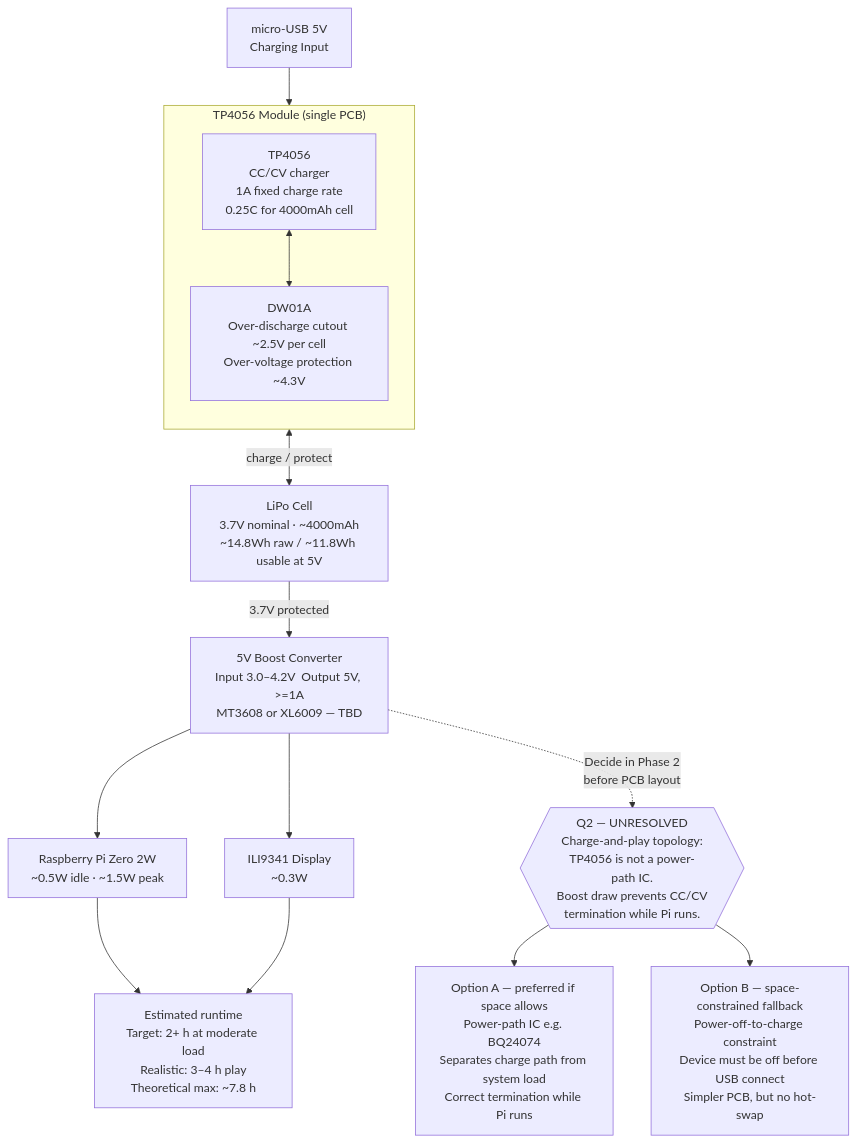
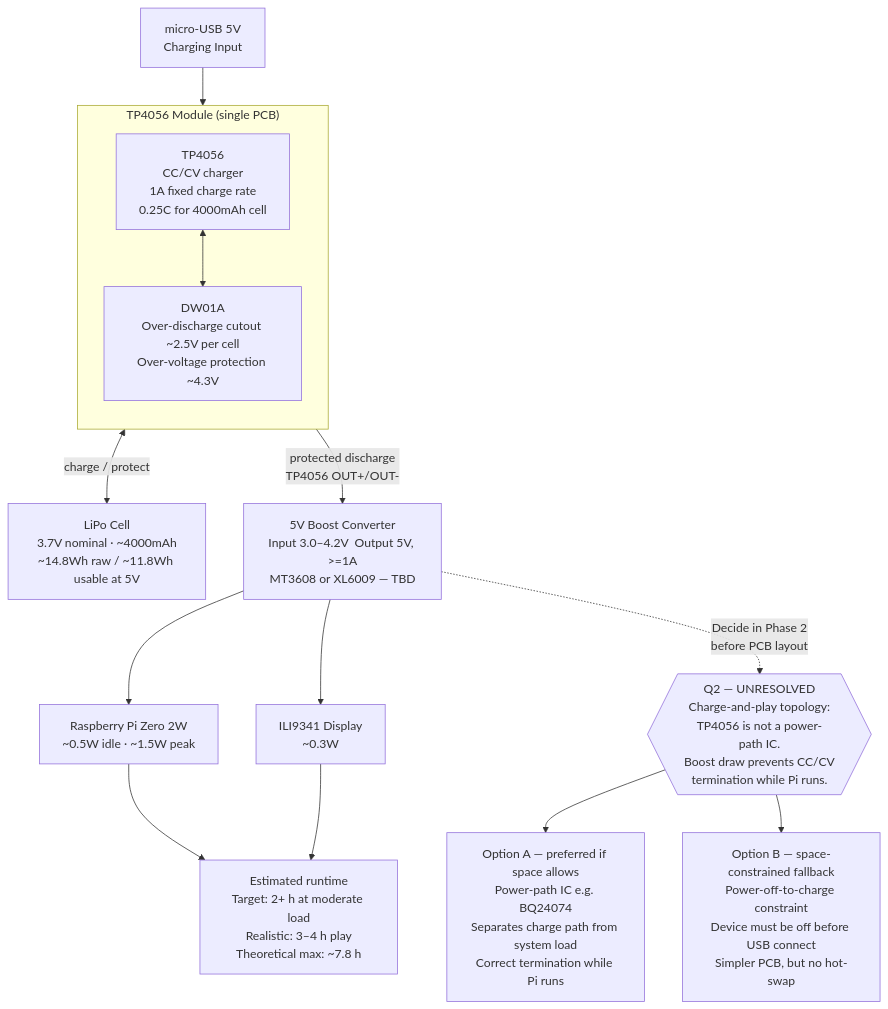
The second of 6 diagrams in docs/diagrams.md (koydas/retro-gaming-handheld), drawn with Mermaid before and after one commit. The commit also changed other lines of this file, not shown here.

Commit message:
Fix two diagram errors flagged in Codex review
- Power topology: boost converter now draws from TP4056 OUT+/OUT-
  (protected output via DW01A) instead of directly from LIPO cell,
  matching the Phase 4 wiring instructions in README
- GPIO diagram: correct spare count from 3 to 2 when 12 buttons are
  direct-wired from the 14 available pins; note that GPIO 7 adds a
  third spare only when dtoverlay=spi0-1cs is active

Claude-Session: https://claude.ai/code/session_01MkZxCcfuDZLxRzS5o3Z4po

````diff
--- a/docs/diagrams.md
+++ b/docs/diagrams.md
@@ -46,38 +46,38 @@
 ```mermaid
 flowchart TD
     USB["micro-USB 5V\nCharging Input"]
 
     subgraph TP_MODULE["TP4056 Module (single PCB)"]
         direction TB
         TP["TP4056\nCC/CV charger\n1A fixed charge rate\n0.25C for 4000mAh cell"]
         DW["DW01A\nOver-discharge cutout ~2.5V per cell\nOver-voltage protection ~4.3V"]
     end
 
     LIPO["LiPo Cell\n3.7V nominal · ~4000mAh\n~14.8Wh raw / ~11.8Wh usable at 5V"]
 
     BOOST["5V Boost Converter\nInput 3.0–4.2V  Output 5V, >=1A\nMT3608 or XL6009 — TBD"]
 
     PI_LOAD["Raspberry Pi Zero 2W\n~0.5W idle · ~1.5W peak"]
     DISP_LOAD["ILI9341 Display\n~0.3W"]
 
     RUNTIME["Estimated runtime\nTarget: 2+ h at moderate load\nRealistic: 3–4 h play\nTheoretical max: ~7.8 h"]
 
     Q2{{"Q2 — UNRESOLVED\nCharge-and-play topology:\nTP4056 is not a power-path IC.\nBoost draw prevents CC/CV\ntermination while Pi runs."}}
 
     OPT_A["Option A — preferred if space allows\nPower-path IC e.g. BQ24074\nSeparates charge path from system load\nCorrect termination while Pi runs"]
 
     OPT_B["Option B — space-constrained fallback\nPower-off-to-charge constraint\nDevice must be off before USB connect\nSimpler PCB, but no hot-swap"]
 
     USB --> TP
     TP <--> DW
     DW <-->|charge / protect| LIPO
-    LIPO -->|3.7V protected| BOOST
+    DW -->|protected discharge\nTP4056 OUT+/OUT-| BOOST
     BOOST --> PI_LOAD
     BOOST --> DISP_LOAD
     PI_LOAD --> RUNTIME
     DISP_LOAD --> RUNTIME
 
     BOOST -. "Decide in Phase 2\nbefore PCB layout" .-> Q2
     Q2 --> OPT_A
     Q2 --> OPT_B
 ```
````
